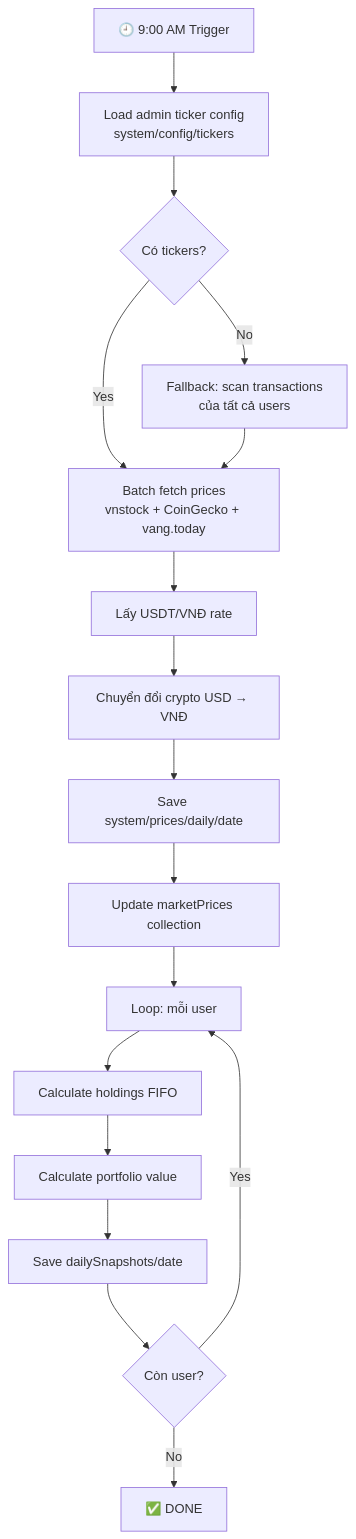
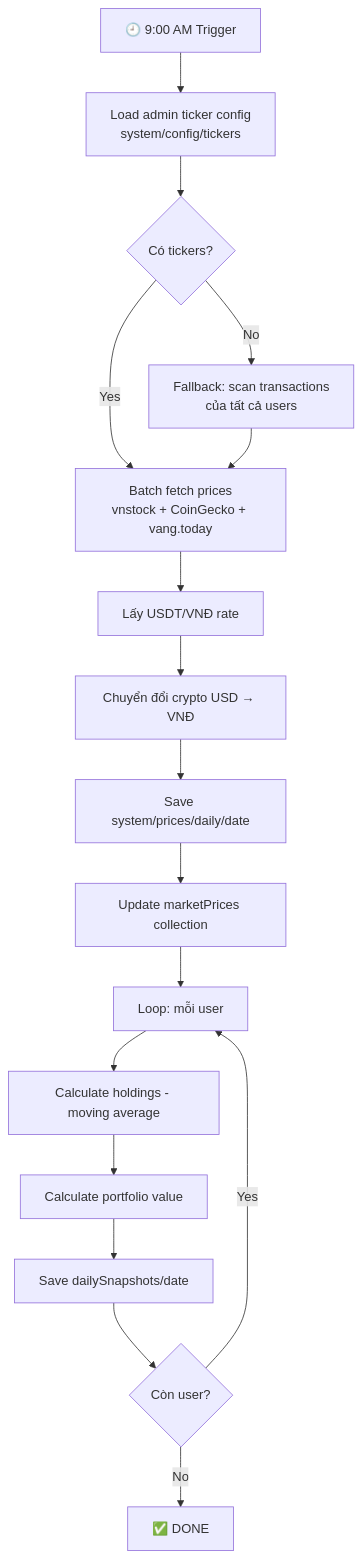
Before and after one commit to huynhphong1611/portfolio_assets_management: the second of 2 diagrams in wiki/Feature-Scheduler.md, drawn with Mermaid. The commit also changed 7 other files, not shown here.

First line of the commit message:
docs: document moving average cost, cash and net capital formulas

````diff
--- a/wiki/Feature-Scheduler.md
+++ b/wiki/Feature-Scheduler.md
@@ -45,23 +45,23 @@
 ```mermaid
 flowchart TD
     START[🕘 9:00 AM Trigger] --> LOAD[Load admin ticker config<br/>system/config/tickers]
 
     LOAD --> HAS{Có tickers?}
     HAS -->|No| FALLBACK[Fallback: scan transactions<br/>của tất cả users]
     HAS -->|Yes| FETCH
 
     FALLBACK --> FETCH[Batch fetch prices<br/>vnstock + CoinGecko + vang.today]
 
     FETCH --> USDT[Lấy USDT/VNĐ rate]
     USDT --> CONVERT[Chuyển đổi crypto USD → VNĐ]
     CONVERT --> SAVE_PRICE[Save system/prices/daily/date]
     SAVE_PRICE --> SAVE_MARKET[Update marketPrices collection]
 
     SAVE_MARKET --> USERS[Loop: mỗi user]
-    USERS --> HOLDINGS[Calculate holdings FIFO]
+    USERS --> HOLDINGS[Calculate holdings - moving average]
     HOLDINGS --> PORTFOLIO[Calculate portfolio value]
     PORTFOLIO --> SNAPSHOT[Save dailySnapshots/date]
     SNAPSHOT --> NEXT{Còn user?}
     NEXT -->|Yes| USERS
     NEXT -->|No| DONE[✅ DONE]
 ```
````
